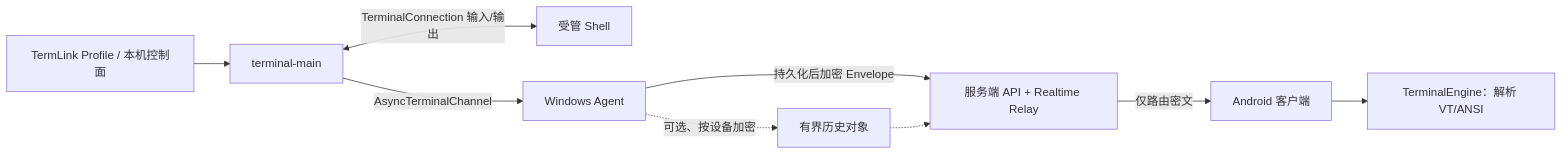
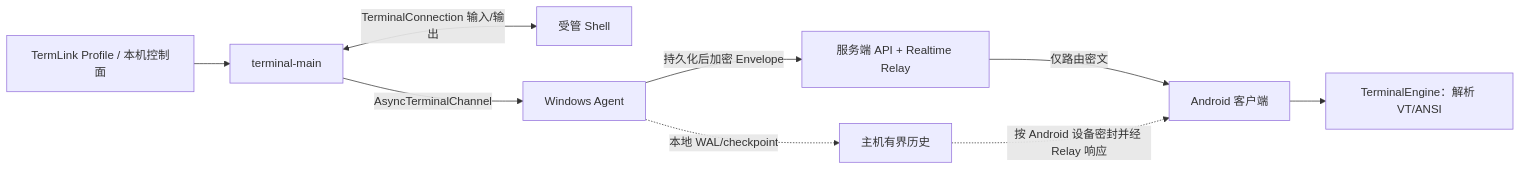
One commit to myucxy/TermLink changed the first of 6 diagrams in docs/TERMINAL_INFORMATION_FORWARDING_REQUIREMENTS.md. Above: the diagram before and after it, drawn with Mermaid. The commit also changed other lines of this file and 161 other files, not shown here.

````diff
--- a/docs/TERMINAL_INFORMATION_FORWARDING_REQUIREMENTS.md
+++ b/docs/TERMINAL_INFORMATION_FORWARDING_REQUIREMENTS.md
@@ -45,11 +45,11 @@
 ```mermaid
 flowchart LR
     PROFILE[TermLink Profile / 本机控制面] --> TM[terminal-main]
     TM <-->|TerminalConnection 输入/输出| SHELL[受管 Shell]
     TM -->|AsyncTerminalChannel| AGENT[Windows Agent]
     AGENT -->|持久化后加密 Envelope| RELAY[服务端 API + Realtime Relay]
     RELAY -->|仅路由密文| APP[Android 客户端]
     APP --> ENGINE[TerminalEngine：解析 VT/ANSI]
-    AGENT -.->|可选、按设备加密| HISTORY[有界历史对象]
-    HISTORY -.-> RELAY
+    AGENT -.->|本地 WAL/checkpoint| HISTORY[主机有界历史]
+    HISTORY -.->|按 Android 设备密封并经 Relay 响应| APP
 ```
````
